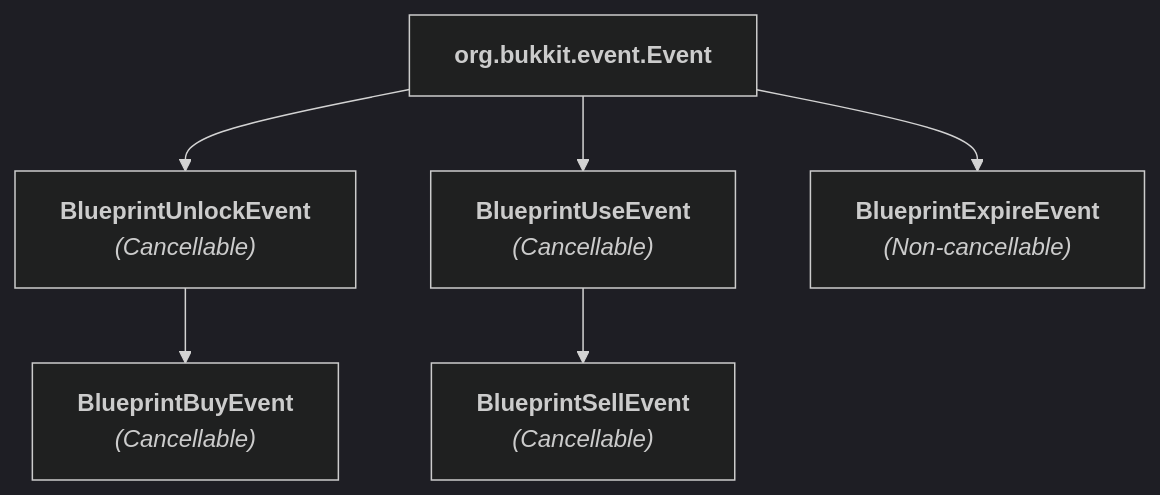
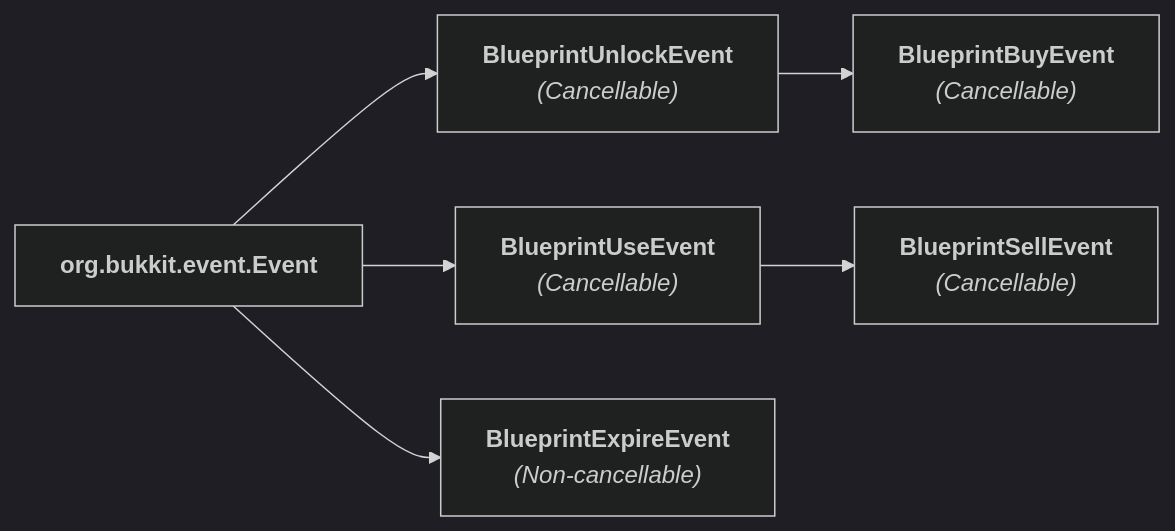
Before and after one commit to XZtotal/CraftingBlueprints-Wiki: the diagram in docs/operations/developer-api.md, drawn with Mermaid (dark theme). The commit also changed 21 other files, not shown here.

Commit message:
style(docs): widen all remaining vertical diagrams to horizontal pipelines and guarantee shadow-DOM centering

````diff
--- a/docs/operations/developer-api.md
+++ b/docs/operations/developer-api.md
@@ -65,13 +65,7 @@
 ```mermaid
-flowchart TD
+flowchart LR
     Event["<b>org.bukkit.event.Event</b>"]
-    Unlock["<b>BlueprintUnlockEvent</b><br/><i>(Cancellable)</i>"]
-    Use["<b>BlueprintUseEvent</b><br/><i>(Cancellable)</i>"]
-    Expire["<b>BlueprintExpireEvent</b><br/><i>(Non-cancellable)</i>"]
-    Buy["<b>BlueprintBuyEvent</b><br/><i>(Cancellable)</i>"]
-    Sell["<b>BlueprintSellEvent</b><br/><i>(Cancellable)</i>"]
-
-    Event --> Unlock & Use & Expire
-    Unlock --> Buy
-    Use --> Sell
+    Event --> Unlock["<b>BlueprintUnlockEvent</b><br/><i>(Cancellable)</i>"] --> Buy["<b>BlueprintBuyEvent</b><br/><i>(Cancellable)</i>"]
+    Event --> Use["<b>BlueprintUseEvent</b><br/><i>(Cancellable)</i>"] --> Sell["<b>BlueprintSellEvent</b><br/><i>(Cancellable)</i>"]
+    Event --> Expire["<b>BlueprintExpireEvent</b><br/><i>(Non-cancellable)</i>"]
 ```
````
